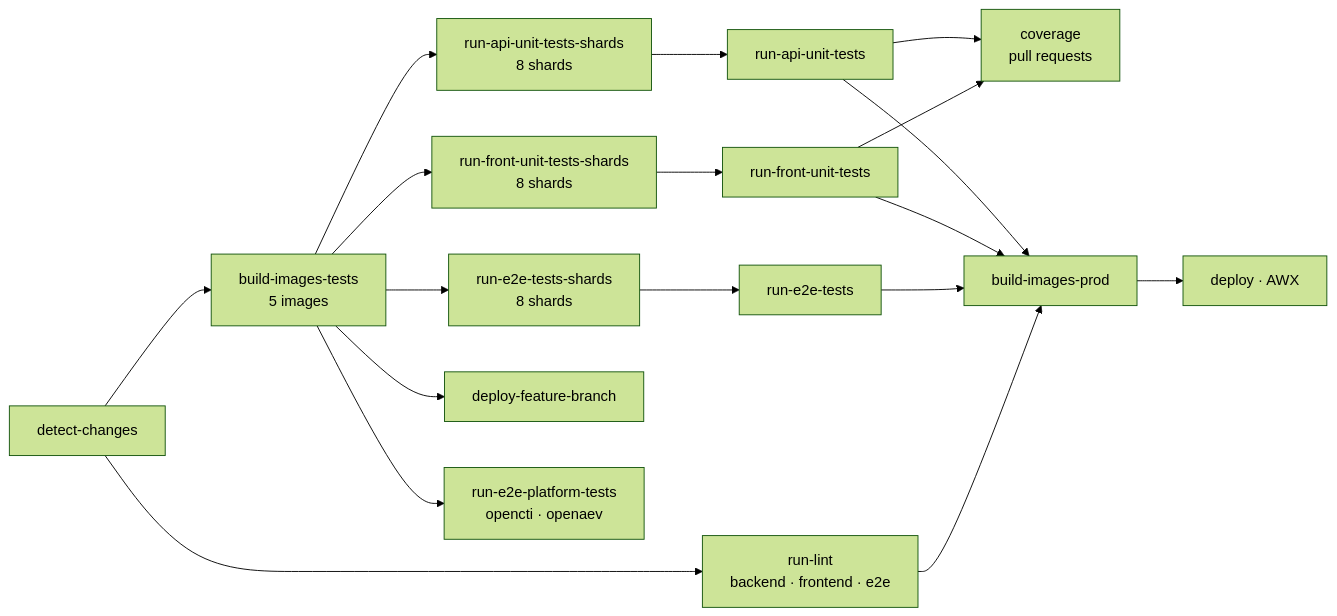
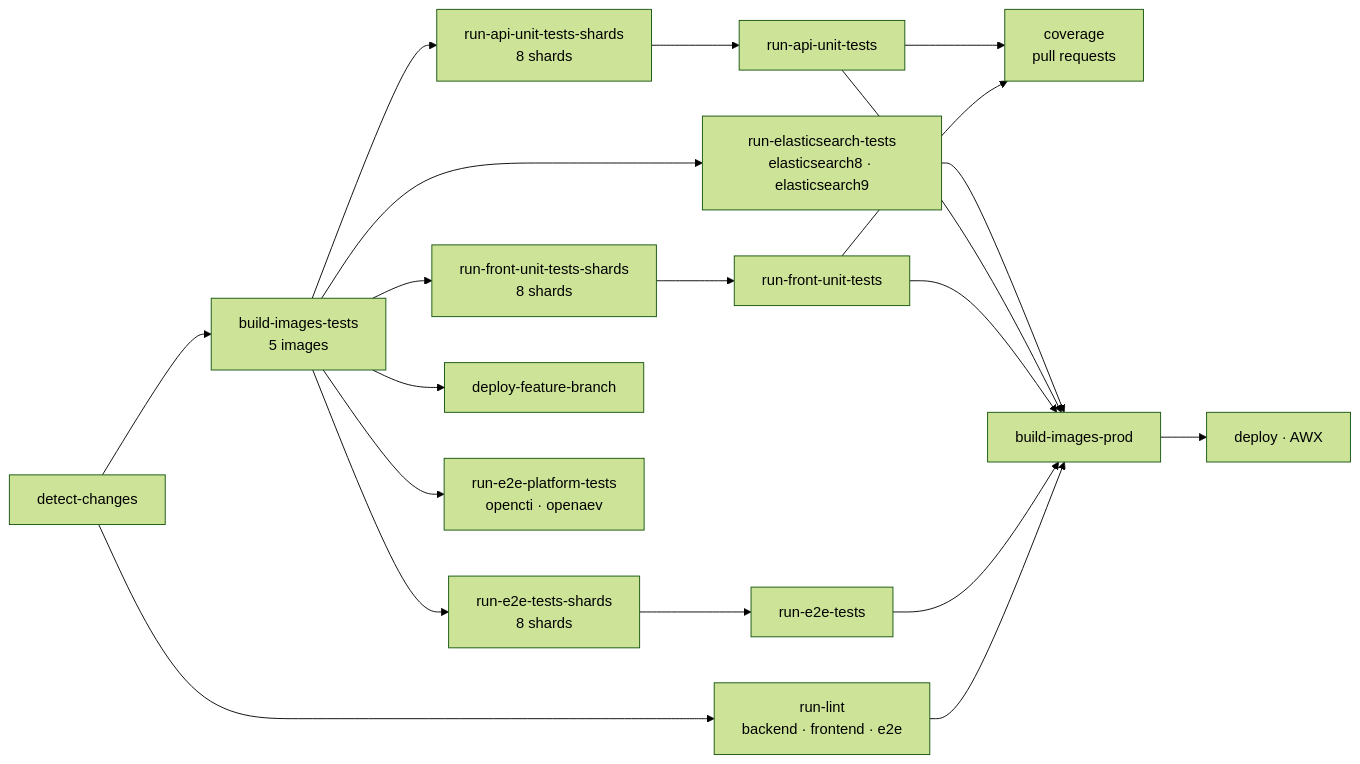
One commit to XTM-Hub/xtm-hub changed the diagram in .claude/rules/ci.md. Above: the diagram before and after it, drawn with Mermaid (forest theme). The commit also changed other lines of this file and 2 other files, not shown here.

Commit message:
docs(elasticsearch): document the client choice and the Elasticsearch tests (#4248)

````diff
--- a/.claude/rules/ci.md
+++ b/.claude/rules/ci.md
@@ -21,20 +21,22 @@
 ```mermaid
 flowchart LR
   A[detect-changes] --> B[run-lint<br/>backend · frontend · e2e]
   A --> C[build-images-tests<br/>5 images]
   C --> D[run-e2e-tests-shards<br/>8 shards]
   C --> E[run-front-unit-tests-shards<br/>8 shards]
   C --> F[run-api-unit-tests-shards<br/>8 shards]
   C --> G[deploy-feature-branch]
   C --> P[run-e2e-platform-tests<br/>opencti · openaev]
+  C --> S[run-elasticsearch-tests<br/>elasticsearch8 · elasticsearch9]
   D --> H[run-e2e-tests]
   E --> I[run-front-unit-tests]
   F --> J[run-api-unit-tests]
   I --> V[coverage<br/>pull requests]
   J --> V
   B --> K[build-images-prod]
   H --> K
   I --> K
   J --> K
+  S --> K
   K --> L[deploy · AWX]
 ```
````
